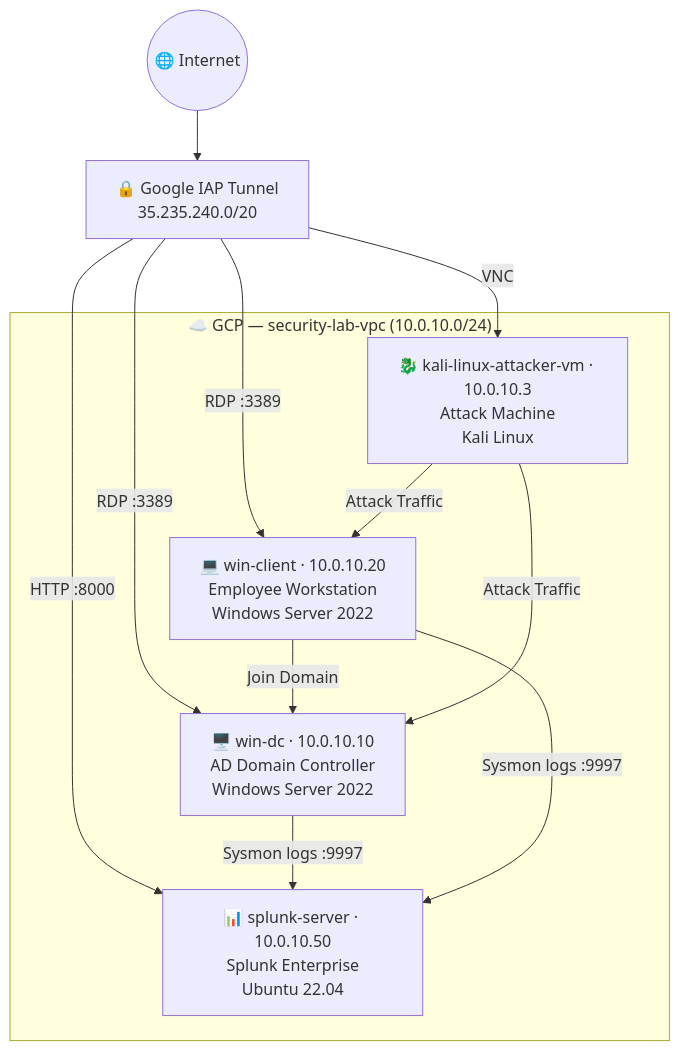
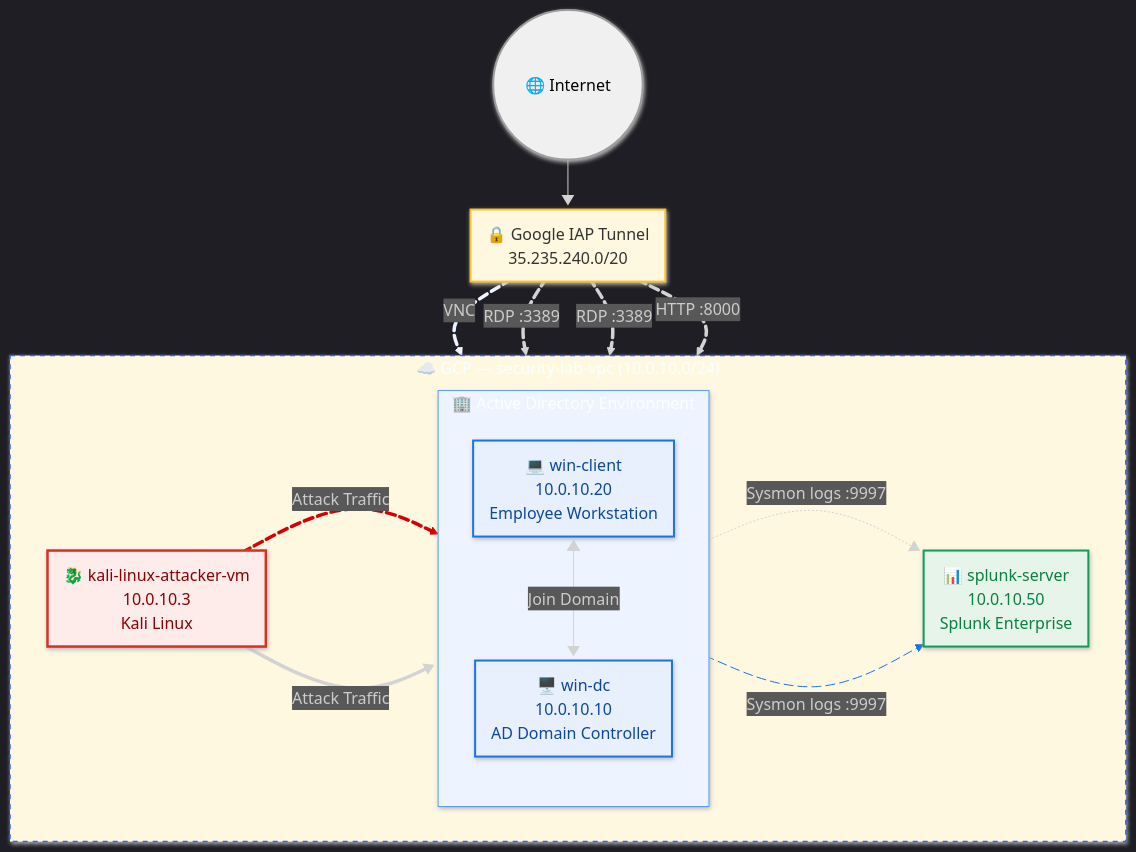
Before and after one commit to z1r0h/Cloud-security-threat-detection-homelab: the first of 2 diagrams in README.md, drawn with Mermaid.

````diff
--- a/README.md
+++ b/README.md
@@ -9,25 +9,56 @@
 ```mermaid
-graph TD
-    Internet((🌐 Internet))
-    IAP["🔒 Google IAP Tunnel\n35.235.240.0/20"]
+---
+config:
+  layout: dagre
+  theme: dark
+  look: neo
+  fontFamily: '''Merriweather Variable'', serif'
+  themeVariables:
+    fontFamily: '''Merriweather Variable'', serif'
+---
+flowchart TB
+ subgraph AD["🏢 Active Directory Environment"]
+    direction TB
+        WinDC["🖥️ win-dc<br>10.0.10.10<br>AD Domain Controller"]
+        WinClient["💻 win-client<br>10.0.10.20<br>Employee Workstation"]
+  end
+ subgraph GCP["☁️ GCP — security-lab-vpc (10.0.10.0/24)"]
+    direction LR
+        AD
+        Kali["🐉 kali-linux-attacker-vm<br>10.0.10.3<br>Kali Linux"]
+        Splunk["📊 splunk-server<br>10.0.10.50<br>Splunk Enterprise"]
+  end
+    Internet(("🌐 Internet")) --> IAP["🔒 Google IAP Tunnel<br>35.235.240.0/20"]
+    IAP L_IAP_Kali_0@== VNC ==> Kali
+    IAP L_IAP_WinDC_0@== RDP :3389 ==> WinDC & WinClient
+    IAP L_IAP_Splunk_0@== HTTP :8000 ==> Splunk
+    WinClient <-- Join Domain --> WinDC
+    WinDC -. Sysmon logs :9997 .-> Splunk
+    WinClient L_WinClient_Splunk_0@-. Sysmon logs :9997 .-> Splunk
+    Kali L_Kali_WinDC_0@== Attack Traffic ==> WinDC & WinClient
 
-    Internet --> IAP
+     WinDC:::windows
+     WinClient:::windows
+     Kali:::attacker
+     Splunk:::splunk
+     Internet:::internet
+     IAP:::iap
+    classDef internet fill:#f0f0f0,stroke:#9e9e9e,stroke-width:2px,color:#000
+    classDef iap fill:#fff8e1,stroke:#fbc02d,stroke-width:2px,color:#333
+    classDef windows fill:#e8f0fe,stroke:#1a73e8,stroke-width:2px,color:#0d47a1
+    classDef attacker fill:#fdecea,stroke:#d93025,stroke-width:2.5px,color:#8b0000
+    classDef splunk fill:#e6f4ea,stroke:#0f9d58,stroke-width:2px,color:#0b8043
+    classDef network fill:#f8f9fa,stroke:#4285f4,stroke-width:1.5px,stroke-dasharray: 5 5
+    style AD fill:#eef4ff,stroke:#5a9bfc,stroke-width:1px
+    style GCP fill:#fff8e1,stroke:#2962FF,stroke-width:1.5px,stroke-dasharray: 5 5
+    linkStyle 1 stroke:#eef4ff,fill:none
+    linkStyle 7 stroke:#1a73e8,fill:none
+    linkStyle 8 stroke:#D50000,fill:none
 
-    IAP -->|VNC| Kali
-    IAP -->|RDP :3389| WinDC
-    IAP -->|RDP :3389| WinClient
-    IAP -->|HTTP :8000| Splunk
-
-    subgraph GCP ["☁️ GCP — security-lab-vpc (10.0.10.0/24)"]
-        WinDC["🖥️ win-dc · 10.0.10.10\nAD Domain Controller\nWindows Server 2022"]
-        WinClient["💻 win-client · 10.0.10.20\nEmployee Workstation\nWindows Server 2022"]
-        Splunk["📊 splunk-server · 10.0.10.50\nSplunk Enterprise\nUbuntu 22.04"]
-        Kali["🐉 kali-linux-attacker-vm · 10.0.10.3\nAttack Machine\nKali Linux"]
-    end
-
-    WinClient -->|Join Domain| WinDC
-    WinDC -->|Sysmon logs :9997| Splunk
-    WinClient -->|Sysmon logs :9997| Splunk
-    Kali -->|Attack Traffic| WinDC
-    Kali -->|Attack Traffic| WinClient
+    L_IAP_Kali_0@{ animation: fast } 
+    L_IAP_WinDC_0@{ animation: fast } 
+    L_IAP_WinClient_0@{ animation: fast } 
+    L_IAP_Splunk_0@{ animation: fast } 
+    L_WinClient_Splunk_0@{ animation: slow } 
+    L_Kali_WinDC_0@{ animation: fast }
 ```
````
